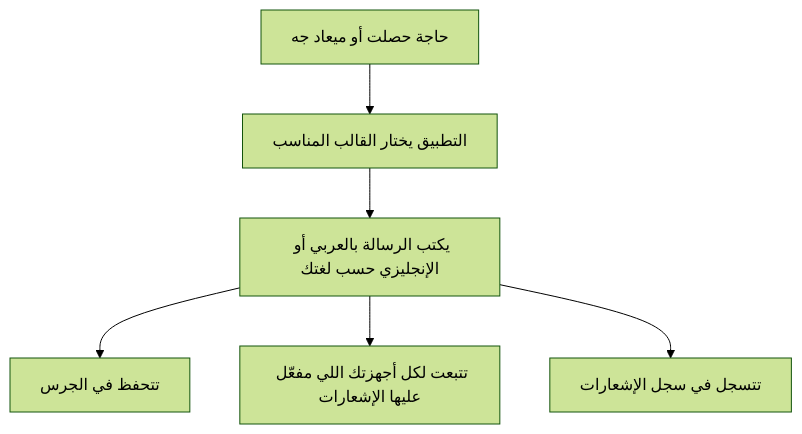
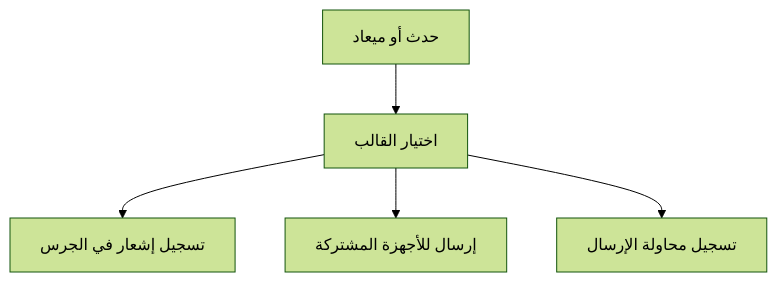
The diagram in docs/ar/systems/notifications.md (mahmoudtaherr111/smartspend_mini_all), drawn with Mermaid (forest theme) before and after one commit. The commit also changed other lines of this file and 9 other files, not shown here.

````diff
--- a/docs/ar/systems/notifications.md
+++ b/docs/ar/systems/notifications.md
@@ -21,8 +15,7 @@
 ```mermaid
 flowchart TD
-  A["حاجة حصلت أو ميعاد جه"] --> B["التطبيق يختار القالب المناسب"]
-  B --> C["يكتب الرسالة بالعربي أو الإنجليزي حسب لغتك"]
-  C --> D["تتحفظ في الجرس"]
-  C --> E["تتبعت لكل أجهزتك اللي مفعّل عليها الإشعارات"]
-  C --> F["تتسجل في سجل الإشعارات"]
+  A["حدث أو ميعاد"] --> B["اختيار القالب"]
+  B --> C["تسجيل إشعار في الجرس"]
+  B --> D["إرسال للأجهزة المشتركة"]
+  B --> E["تسجيل محاولة الإرسال"]
 ```
````
